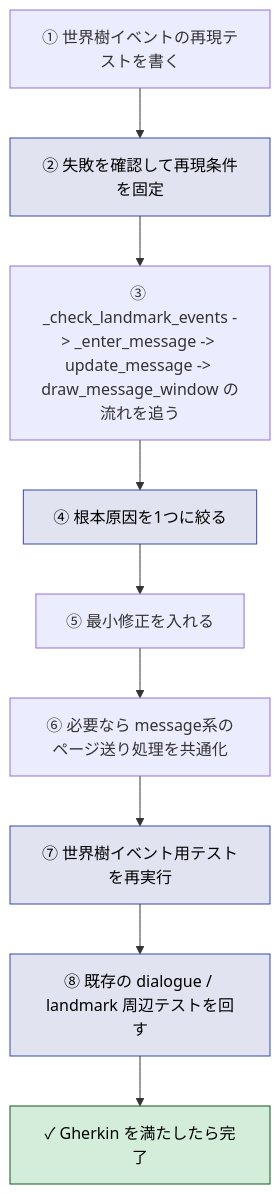
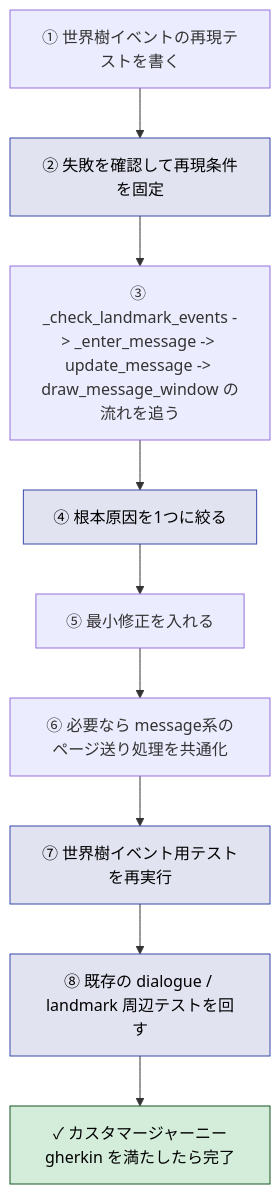
The sixth of 7 diagrams in docs/steering/done/20260413-j37-dialogue-page-advance.md (tatsuro-ueda/code-quest-pyxel), drawn with Mermaid before and after one commit. The commit also changed other lines of this file and 27 other files, not shown here.

````diff
--- a/docs/steering/done/20260413-j37-dialogue-page-advance.md
+++ b/docs/steering/done/20260413-j37-dialogue-page-advance.md
@@ -176,17 +176,17 @@
 ```mermaid
 flowchart TD
     D1["① 世界樹イベントの再現テストを書く"] --> D2["② 失敗を確認して再現条件を固定"]
     D2 --> D3["③ _check_landmark_events -> _enter_message -> update_message -> draw_message_window の流れを追う"]
     D3 --> D4["④ 根本原因を1つに絞る"]
     D4 --> D5["⑤ 最小修正を入れる"]
     D5 --> D6["⑥ 必要なら message系のページ送り処理を共通化"]
     D6 --> D7["⑦ 世界樹イベント用テストを再実行"]
     D7 --> D8["⑧ 既存の dialogue / landmark 周辺テストを回す"]
-    D8 --> DONE["✓ Gherkin を満たしたら完了"]
+    D8 --> DONE["✓ カスタマージャーニーgherkin を満たしたら完了"]
 
     classDef gate fill:#e2e3f1,stroke:#3949ab,color:#000000;
     classDef done fill:#d4edda,stroke:#155724,color:#000000;
 
     class D2,D4,D7,D8 gate;
     class DONE done;
 ```
````
